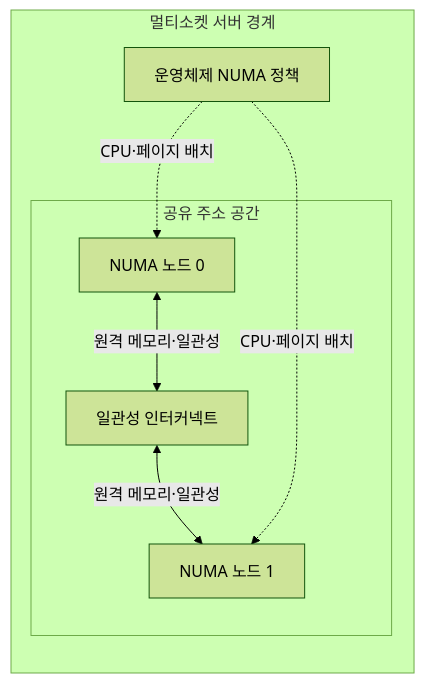
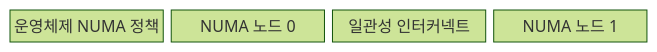
Before and after one commit to agnusdei1207/knowledge-base: the first of 2 diagrams in src/content/docs/notes/02-hardware/093_multi_socket_server_smp.md, drawn with Mermaid (forest theme). The commit also changed other lines of this file and 20 other files, not shown here.

````diff
--- a/src/content/docs/notes/02-hardware/093_multi_socket_server_smp.md
+++ b/src/content/docs/notes/02-hardware/093_multi_socket_server_smp.md
@@ -68,15 +65,8 @@
 ```mermaid
-flowchart LR
-    subgraph SYS["멀티소켓 서버 경계"]
-        O["운영체제 NUMA 정책"]
-        subgraph S["공유 주소 공간"]
-            N0["NUMA 노드 0"]
-            I["일관성 인터커넥트"]
-            N1["NUMA 노드 1"]
-            N0 <-->|"원격 메모리·일관성"| I
-            I <-->|"원격 메모리·일관성"| N1
-        end
-        O -.->|"CPU·페이지 배치"| N0
-        O -.->|"CPU·페이지 배치"| N1
-    end
+block
+  columns 4
+  O["운영체제 NUMA 정책"]
+  N0["NUMA 노드 0"]
+  I["일관성 인터커넥트"]
+  N1["NUMA 노드 1"]
 ```
````
